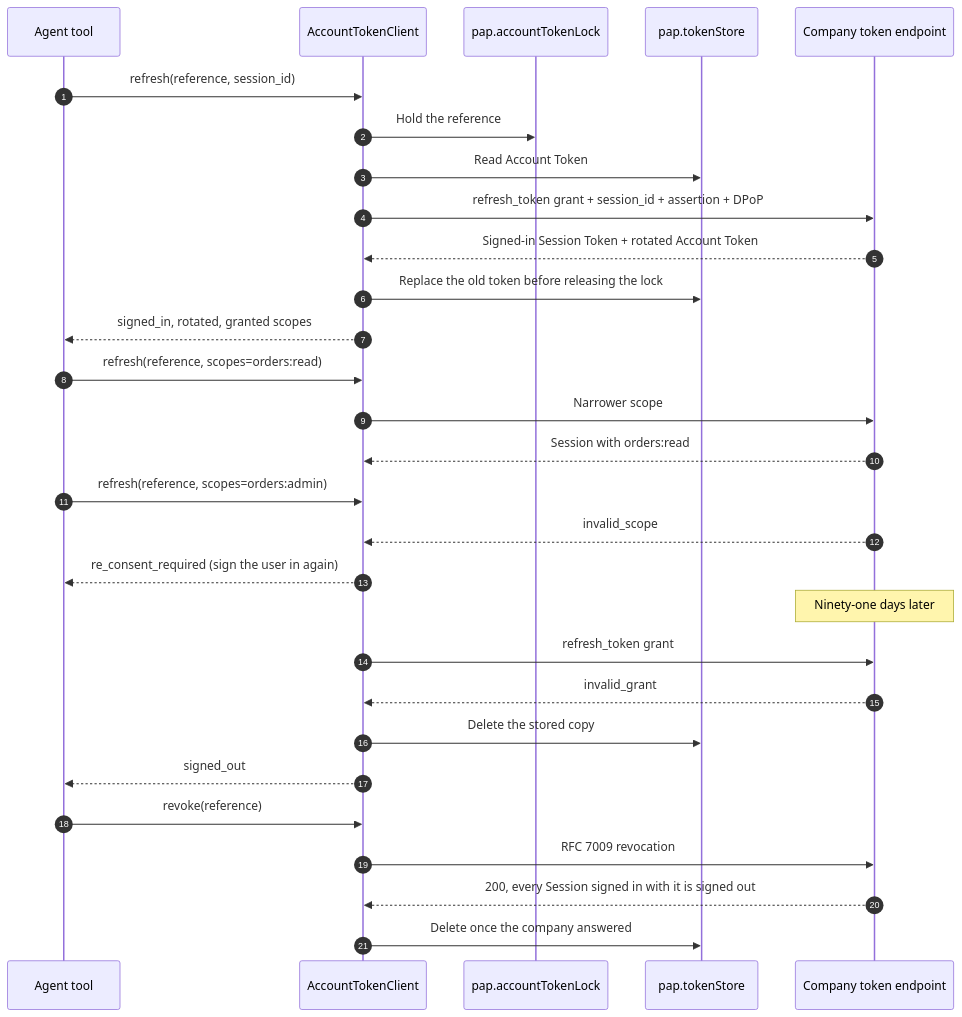
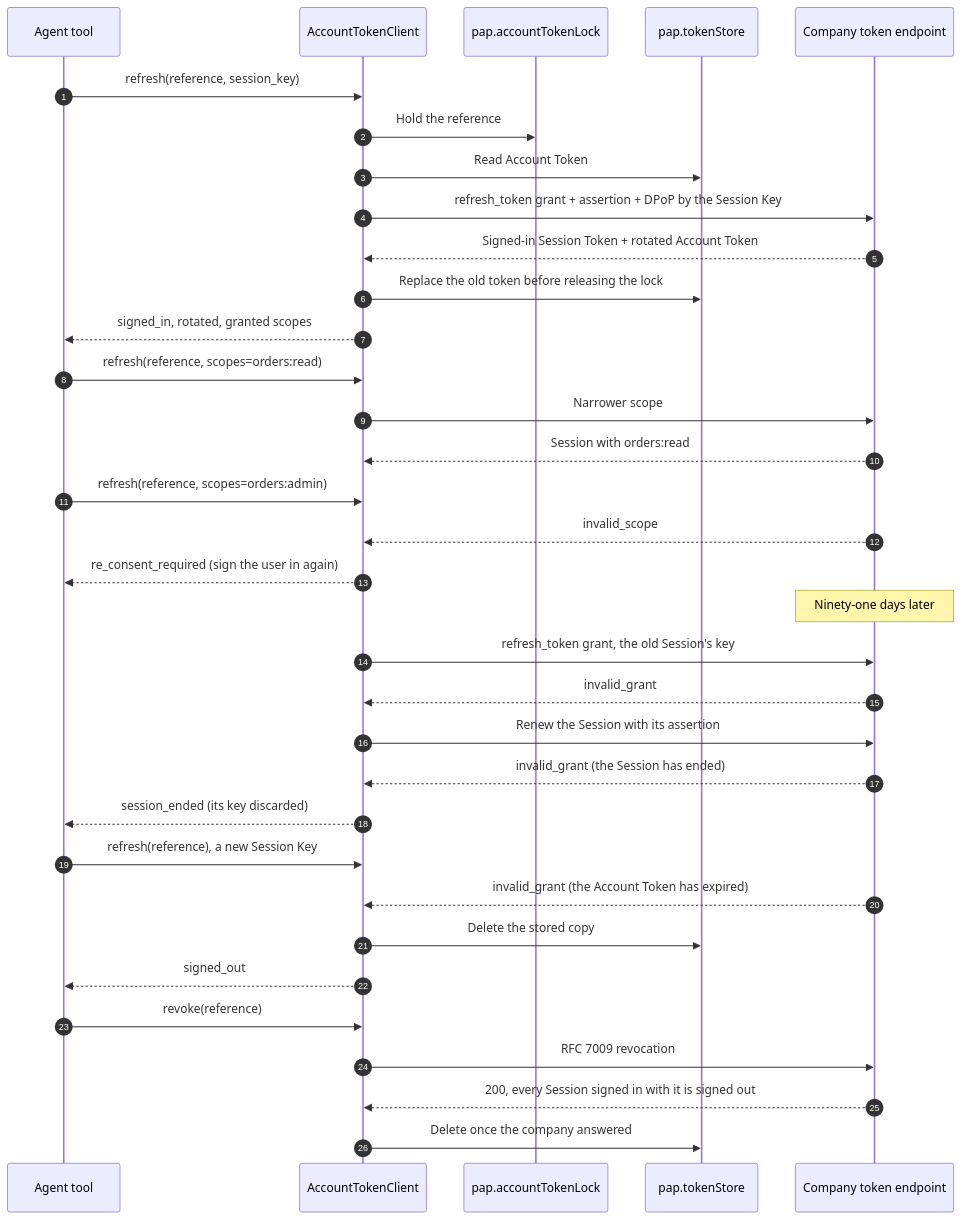
One commit to datalayer/personal-agent-protocol changed the diagram in docs/docs/examples/account-tokens.mdx. Above: the diagram before and after it, drawn with Mermaid. The commit also changed other lines of this file and 95 other files, not shown here.

````diff
--- a/docs/docs/examples/account-tokens.mdx
+++ b/docs/docs/examples/account-tokens.mdx
@@ -20,31 +20,36 @@
 ```mermaid
 sequenceDiagram
   autonumber
   participant Tool as Agent tool
   participant SDK as AccountTokenClient
   participant Lock as pap.accountTokenLock
   participant Vault as pap.tokenStore
   participant Company as Company token endpoint
-  Tool->>SDK: refresh(reference, session_id)
+  Tool->>SDK: refresh(reference, session_key)
   SDK->>Lock: Hold the reference
   SDK->>Vault: Read Account Token
-  SDK->>Company: refresh_token grant + session_id + assertion + DPoP
+  SDK->>Company: refresh_token grant + assertion + DPoP by the Session Key
   Company-->>SDK: Signed-in Session Token + rotated Account Token
   SDK->>Vault: Replace the old token before releasing the lock
   SDK-->>Tool: signed_in, rotated, granted scopes
   Tool->>SDK: refresh(reference, scopes=orders:read)
   SDK->>Company: Narrower scope
   Company-->>SDK: Session with orders:read
   Tool->>SDK: refresh(reference, scopes=orders:admin)
   Company-->>SDK: invalid_scope
   SDK-->>Tool: re_consent_required (sign the user in again)
   Note over Company: Ninety-one days later
-  SDK->>Company: refresh_token grant
+  SDK->>Company: refresh_token grant, the old Session's key
   Company-->>SDK: invalid_grant
+  SDK->>Company: Renew the Session with its assertion
+  Company-->>SDK: invalid_grant (the Session has ended)
+  SDK-->>Tool: session_ended (its key discarded)
+  Tool->>SDK: refresh(reference), a new Session Key
+  Company-->>SDK: invalid_grant (the Account Token has expired)
   SDK->>Vault: Delete the stored copy
   SDK-->>Tool: signed_out
   Tool->>SDK: revoke(reference)
   SDK->>Company: RFC 7009 revocation
   Company-->>SDK: 200, every Session signed in with it is signed out
   SDK->>Vault: Delete once the company answered
 ```
````
